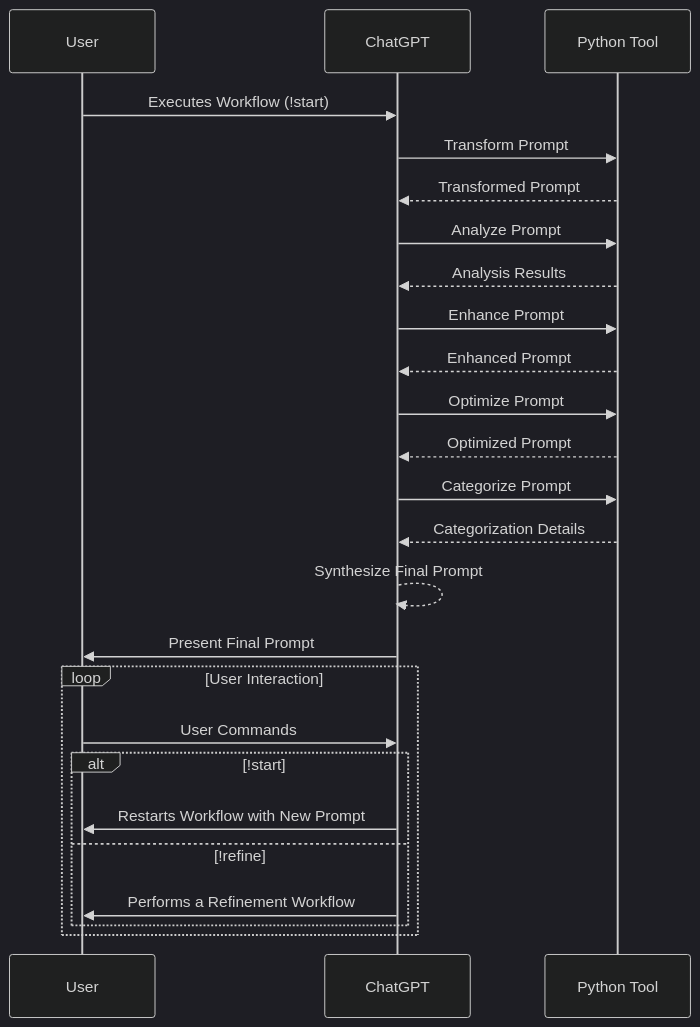
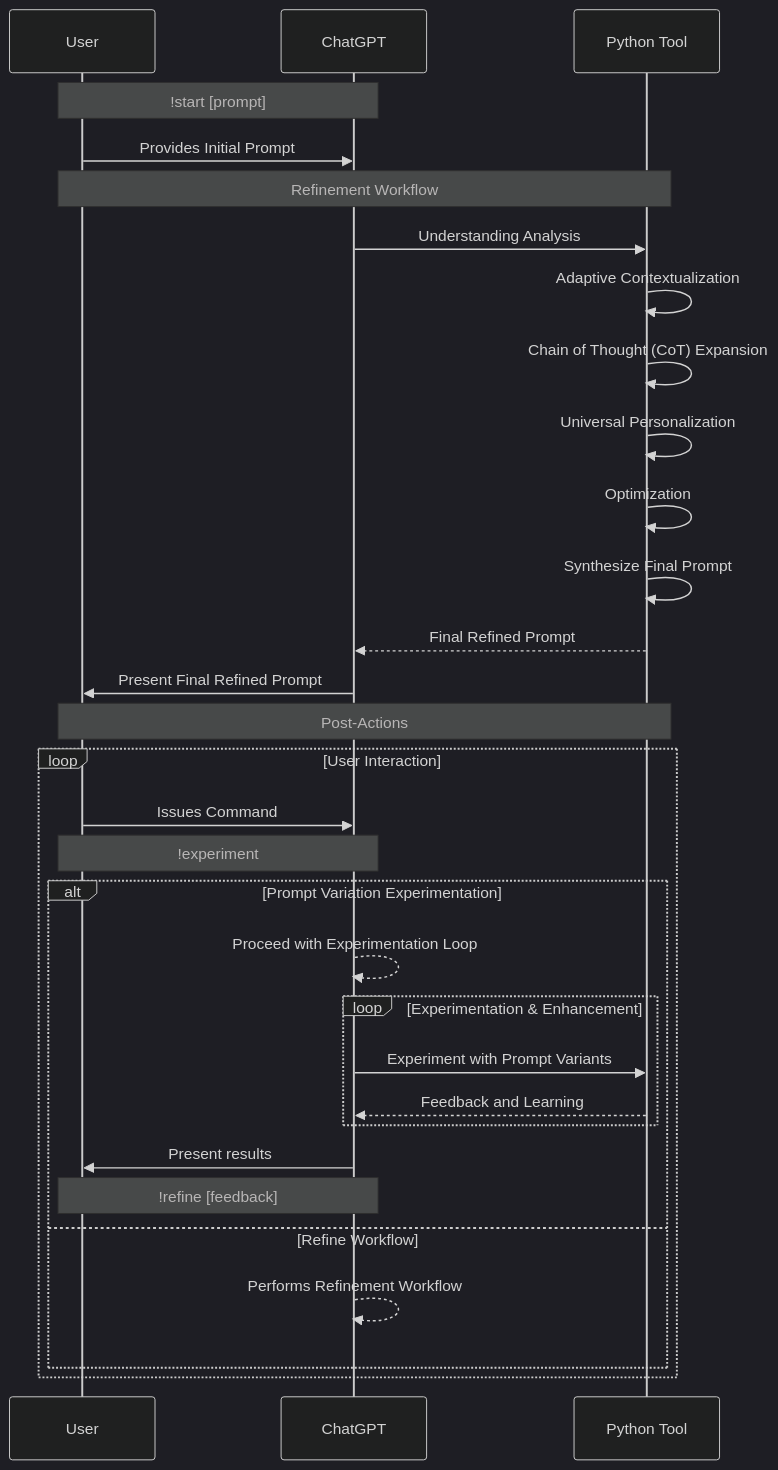
One commit to nerority/Advanced-GPTs changed the fifth of 11 diagrams in README.md. Above: the diagram before and after it, drawn with Mermaid (dark theme). The commit also changed other lines of this file, not shown here.

````diff
--- a/README.md
+++ b/README.md
@@ -304,28 +312,36 @@
 ```mermaid
 sequenceDiagram
     participant User
     participant ChatGPT
     participant PythonTool as Python Tool
 
-    User->>ChatGPT: Executes Workflow (!start)
-    ChatGPT->>PythonTool: Transform Prompt
-    PythonTool-->>ChatGPT: Transformed Prompt
-    ChatGPT->>PythonTool: Analyze Prompt
-    PythonTool-->>ChatGPT: Analysis Results
-    ChatGPT->>PythonTool: Enhance Prompt
-    PythonTool-->>ChatGPT: Enhanced Prompt
-    ChatGPT->>PythonTool: Optimize Prompt
-    PythonTool-->>ChatGPT: Optimized Prompt
-    ChatGPT->>PythonTool: Categorize Prompt
-    PythonTool-->>ChatGPT: Categorization Details
-		ChatGPT-->>ChatGPT: Synthesize Final Prompt
-    ChatGPT->>User: Present Final Prompt
+	Note over User, ChatGPT: !start [prompt]
+    User->>ChatGPT: Provides Initial Prompt
+
+	Note over User, PythonTool: Refinement Workflow #E0FFFF
+    ChatGPT->>PythonTool: Understanding Analysis
+    PythonTool->>PythonTool: Adaptive Contextualization
+    PythonTool->>PythonTool: Chain of Thought (CoT) Expansion
+    PythonTool->>PythonTool: Universal Personalization
+    PythonTool->>PythonTool: Optimization
+    PythonTool->>PythonTool: Synthesize Final Prompt
+    PythonTool-->>ChatGPT: Final Refined Prompt
+    ChatGPT->>User: Present Final Refined Prompt
+
+    Note over User, PythonTool: Post-Actions
     loop User Interaction
-        User->>ChatGPT: User Commands
-        alt !start
-            ChatGPT->>User: Restarts Workflow with New Prompt
-        else !refine
-            ChatGPT->>User: Performs a Refinement Workflow
+        User->>ChatGPT: Issues Command
+        note over User, ChatGPT: !experiment
+        alt Prompt Variation Experimentation
+            ChatGPT-->>ChatGPT: Proceed with Experimentation Loop
+            loop Experimentation & Enhancement
+                ChatGPT->>PythonTool: Experiment with Prompt Variants
+                PythonTool-->>ChatGPT: Feedback and Learning
+            end
+            ChatGPT->>User: Present results
+        note over User, ChatGPT: !refine [feedback]
+        else Refine Workflow
+        ChatGPT-->>ChatGPT: Performs Refinement Workflow
         end
     end
 ```
````
